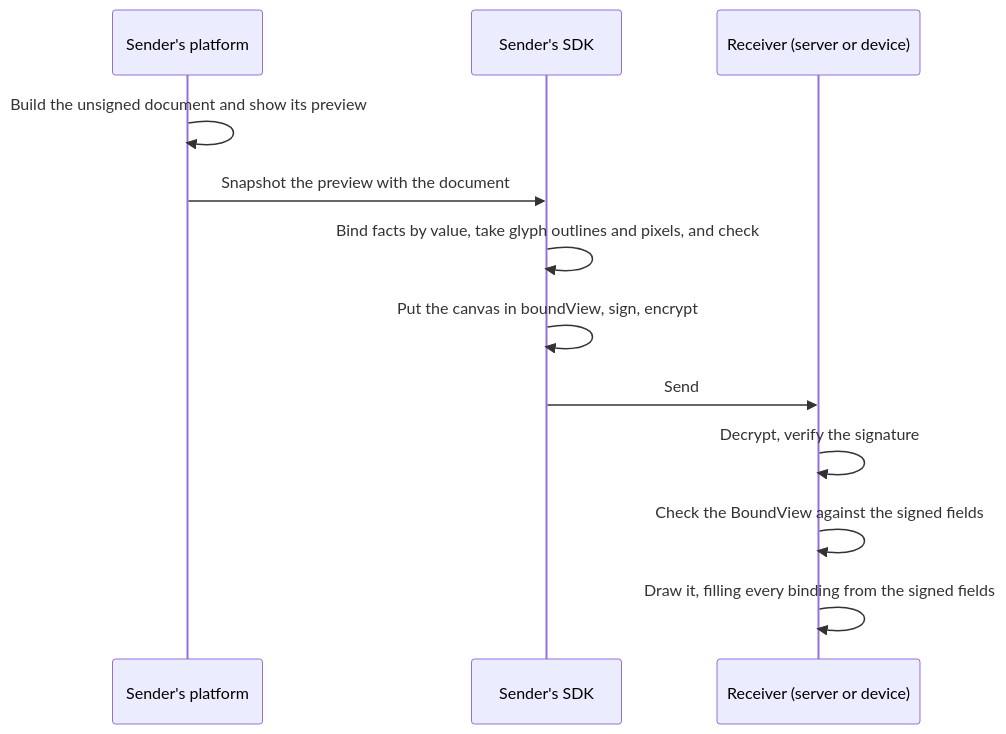
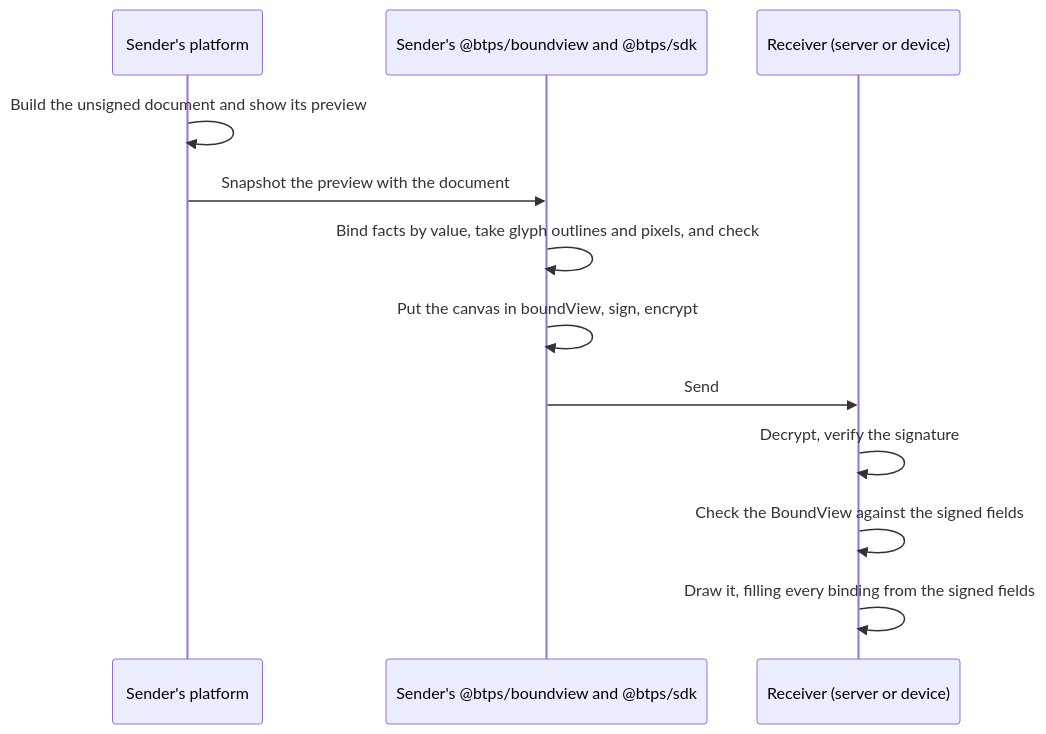
Before and after one commit to openbtps/btps-node: the diagram in docs/docusaurus/docs/protocol/specifications/boundview/overview.md, drawn with Mermaid. The commit also changed other lines of this file and 22 other files, not shown here.

````diff
--- a/docs/docusaurus/docs/protocol/specifications/boundview/overview.md
+++ b/docs/docusaurus/docs/protocol/specifications/boundview/overview.md
@@ -147,14 +151,14 @@
 ```mermaid
 sequenceDiagram
     participant P as Sender's platform
-    participant S as Sender's SDK
+    participant S as Sender's @btps/boundview and @btps/sdk
     participant R as Receiver (server or device)
     P->>P: Build the unsigned document and show its preview
     P->>S: Snapshot the preview with the document
     S->>S: Bind facts by value, take glyph outlines and pixels, and check
     S->>S: Put the canvas in boundView, sign, encrypt
     S->>R: Send
     R->>R: Decrypt, verify the signature
     R->>R: Check the BoundView against the signed fields
     R->>R: Draw it, filling every binding from the signed fields
 ```
````
